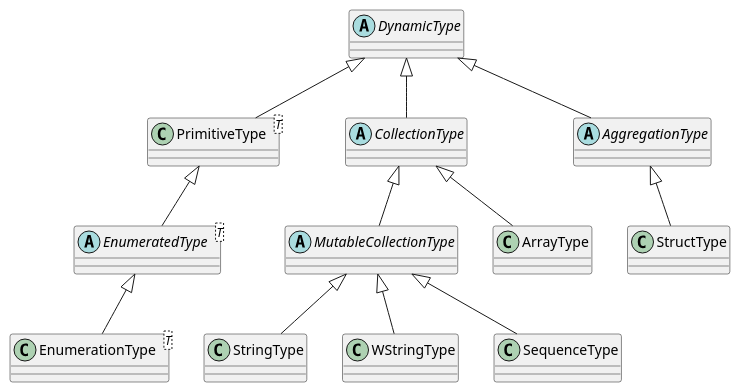
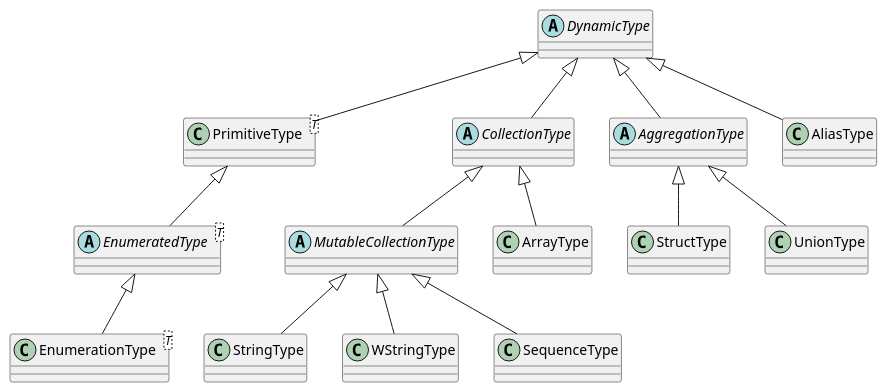
The diagram in docs/types_inheritance.puml (eProsima/xtypes), drawn with PlantUML before and after one commit. The commit also changed 2 other files, not shown here.

```diff
--- a/docs/types_inheritance.puml
+++ b/docs/types_inheritance.puml
@@ -1,25 +1,28 @@
 @startuml
 PrimitiveType -up-|> DynamicType
 AggregationType -up-|> DynamicType
 CollectionType -up-|> DynamicType
 
+AliasType -up-|> DynamicType
+
 StructType -up-|> AggregationType
+UnionType -up-|> AggregationType
 
 ArrayType -up-|> CollectionType
 MutableCollectionType -up-|> CollectionType
 
 StringType -up-|> MutableCollectionType
 WStringType -up-|> MutableCollectionType
 SequenceType -up-|> MutableCollectionType
 
 EnumeratedType -up-|> PrimitiveType
 EnumerationType -up-|> EnumeratedType
 
 abstract DynamicType
 abstract AggregationType
 abstract CollectionType
 abstract MutableCollectionType
 class PrimitiveType<T>
 abstract EnumeratedType<T>
 class EnumerationType<T>
 @enduml
```
